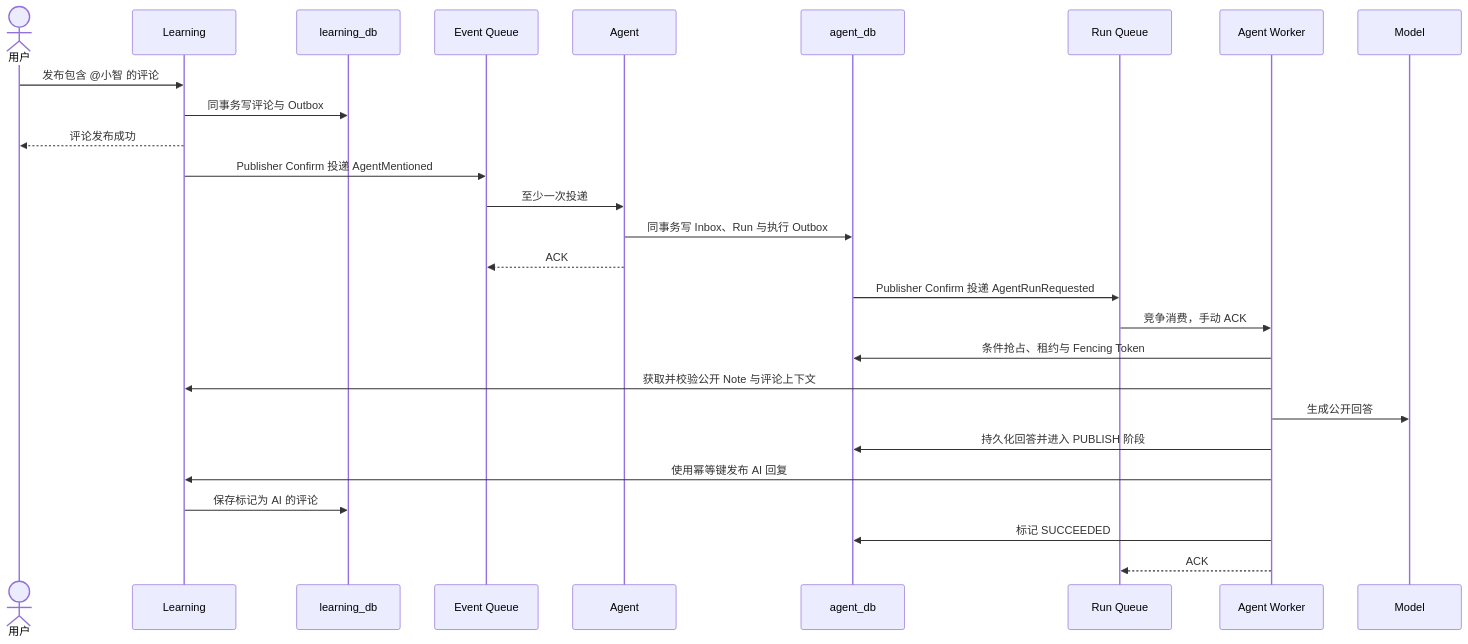
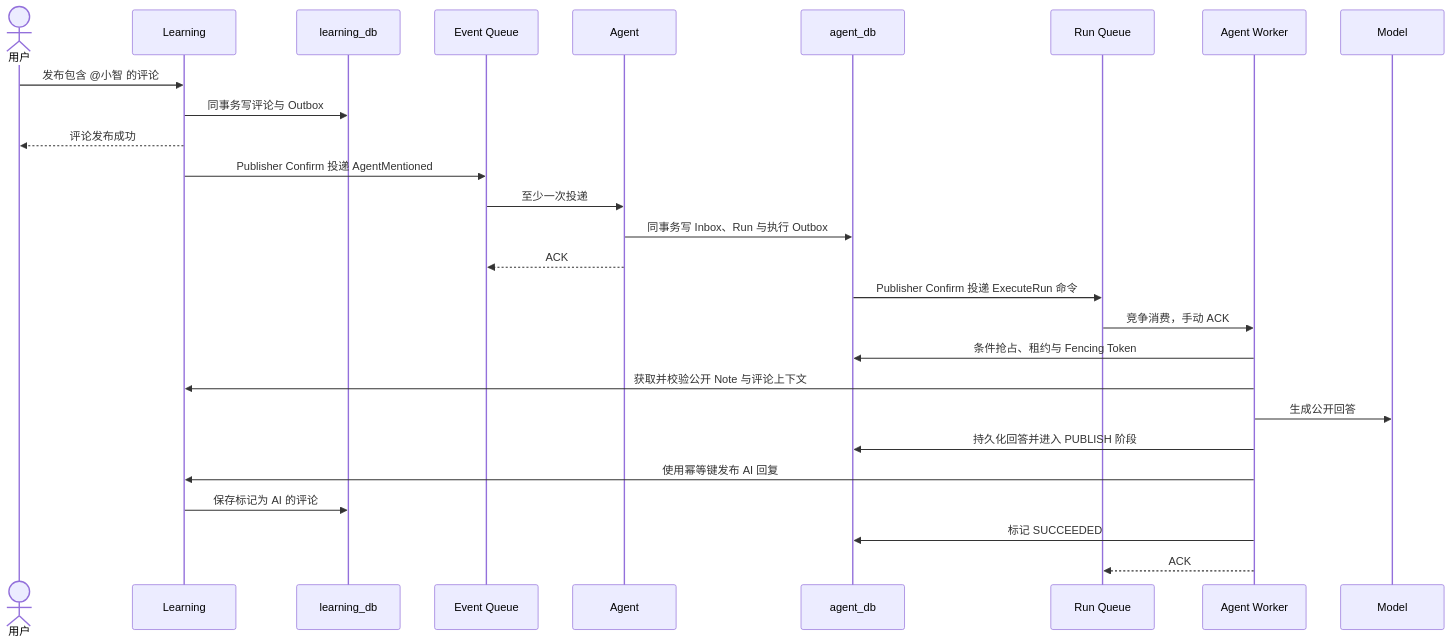
Before and after one commit to SarekCui/knowledge-workshop: the third of 3 diagrams in docs/19-xiaozhi-agent-initial-design.md, drawn with Mermaid. The commit also changed other lines of this file and 155 other files, not shown here.

````diff
--- a/docs/19-xiaozhi-agent-initial-design.md
+++ b/docs/19-xiaozhi-agent-initial-design.md
@@ -160,30 +161,30 @@
 ```mermaid
 sequenceDiagram
     actor U as 用户
     participant L as Learning
     participant DB as learning_db
     participant EQ as Event Queue
     participant A as Agent
     participant AD as agent_db
     participant RQ as Run Queue
     participant W as Agent Worker
     participant M as Model
 
     U->>L: 发布包含 @小智 的评论
     L->>DB: 同事务写评论与 Outbox
     L-->>U: 评论发布成功
     L->>EQ: Publisher Confirm 投递 AgentMentioned
     EQ->>A: 至少一次投递
     A->>AD: 同事务写 Inbox、Run 与执行 Outbox
     A-->>EQ: ACK
-    AD->>RQ: Publisher Confirm 投递 AgentRunRequested
+    AD->>RQ: Publisher Confirm 投递 ExecuteRun 命令
     RQ->>W: 竞争消费，手动 ACK
     W->>AD: 条件抢占、租约与 Fencing Token
     W->>L: 获取并校验公开 Note 与评论上下文
     W->>M: 生成公开回答
     W->>AD: 持久化回答并进入 PUBLISH 阶段
     W->>L: 使用幂等键发布 AI 回复
     L->>DB: 保存标记为 AI 的评论
     W->>AD: 标记 SUCCEEDED
     W-->>RQ: ACK
 ```
````
